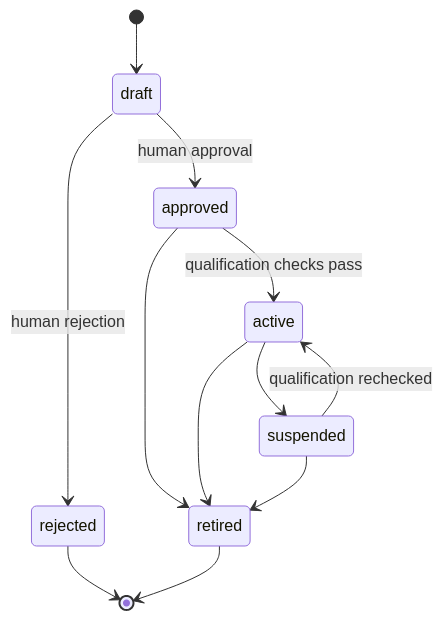
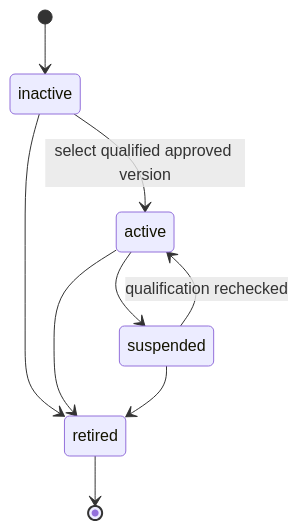
One commit to chenpengfeidp/ai-FSA changed the third of 4 diagrams in docs/07_RULE_ENGINE.md. Above: the diagram before and after it, drawn with Mermaid. The commit also changed other lines of this file and 17 other files, not shown here.

First line of the commit message:
docs: 新增实现路线图、分析管线、后端架构、逻辑 ERD 四篇文档，重构治理生命周期为根/版本双态

````diff
--- a/docs/07_RULE_ENGINE.md
+++ b/docs/07_RULE_ENGINE.md
@@ -195,14 +204,11 @@
 ```mermaid
 stateDiagram-v2
-    [*] --> draft
-    draft --> approved: human approval
-    draft --> rejected: human rejection
-    approved --> active: qualification checks pass
+    [*] --> inactive
+    inactive --> active: select qualified approved version
     active --> suspended
     suspended --> active: qualification rechecked
-    approved --> retired
+    inactive --> retired
     active --> retired
     suspended --> retired
-    rejected --> [*]
     retired --> [*]
 ```
````
